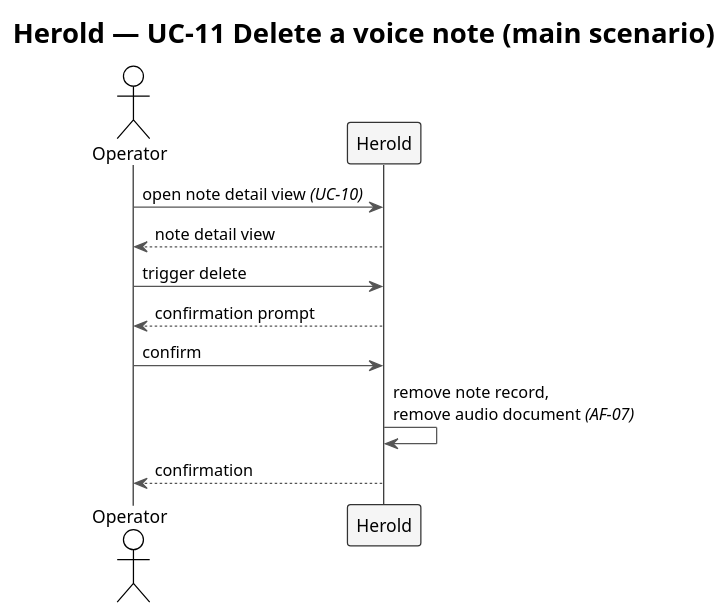
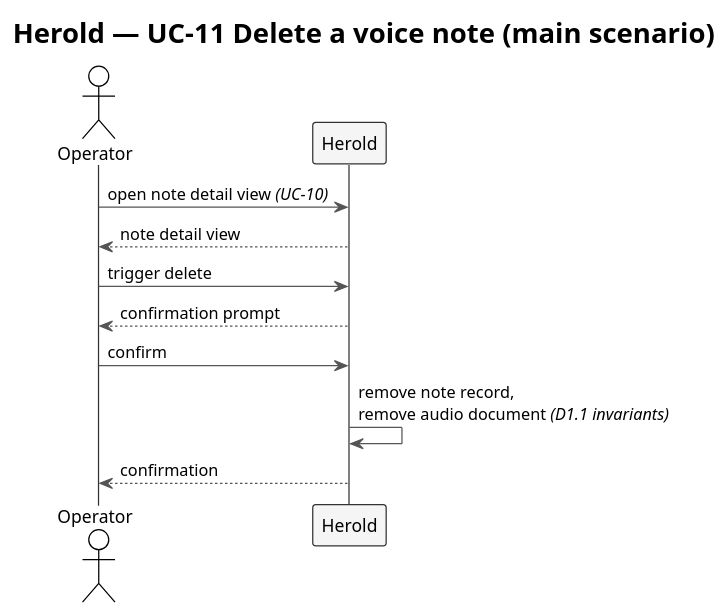
One commit to carstenlucke/herold changed the diagram in docs/spec/diagrams/f2-uc11-delete-note.plantuml. Above: the diagram before and after it, drawn with PlantUML. The commit also changed 13 other files, not shown here.

```diff
--- a/docs/spec/diagrams/f2-uc11-delete-note.plantuml
+++ b/docs/spec/diagrams/f2-uc11-delete-note.plantuml
@@ -1,25 +1,25 @@
 @startuml f2-uc11-delete-note
 !theme plain
 skinparam shadowing false
 skinparam ArrowColor #555555
 skinparam SequenceLifeLineBorderColor #333333
 skinparam SequenceParticipantBorderColor #333333
 skinparam SequenceParticipantBackgroundColor #F5F5F5
 skinparam SequenceReferenceBackgroundColor #F0E8FF
 skinparam SequenceGroupBodyBackgroundColor transparent
 
 title Herold — UC-11 Delete a voice note (main scenario)
 
 actor    "Operator" as OP
 participant "Herold"  as SYS
 
 OP  ->  SYS : open note detail view //(UC-10)//
 SYS --> OP  : note detail view
 
 OP  ->  SYS : trigger delete
 SYS --> OP  : confirmation prompt
 OP  ->  SYS : confirm
-SYS ->  SYS : remove note record,\nremove audio document //(AF-07)//
+SYS ->  SYS : remove note record,\nremove audio document //(D1.1 invariants)//
 SYS --> OP  : confirmation
 
 @enduml
```
